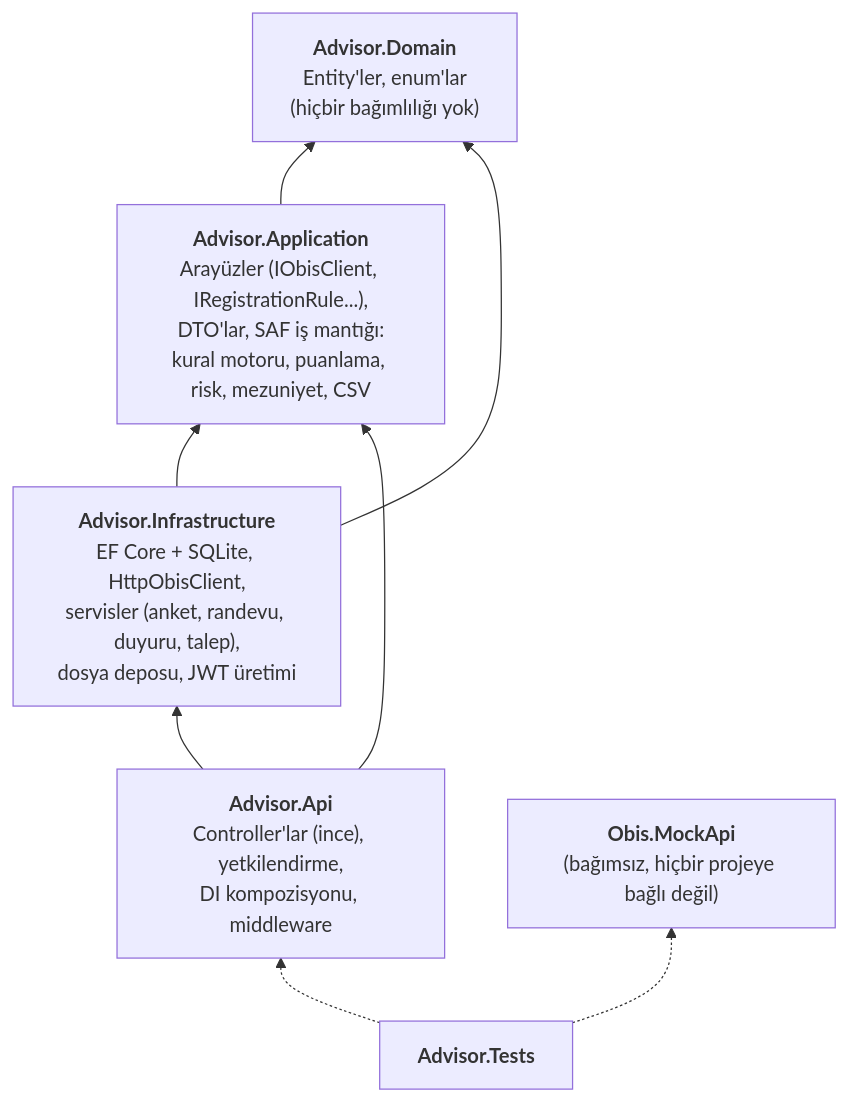
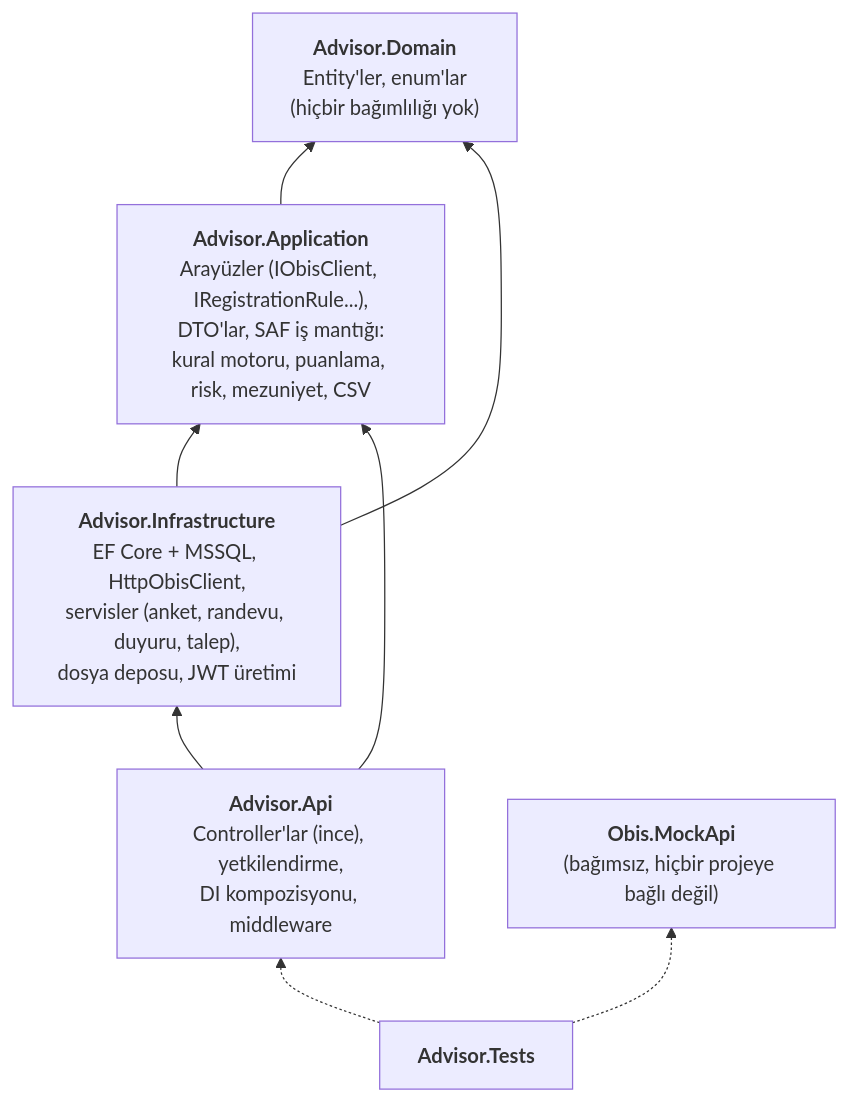
Before and after one commit to hmzbskn/ODBS: the second of 9 diagrams in docs/ARCHITECTURE.md, drawn with Mermaid. The commit also changed other lines of this file and 65 other files, not shown here.

````diff
--- a/docs/ARCHITECTURE.md
+++ b/docs/ARCHITECTURE.md
@@ -55,17 +55,17 @@
 ```mermaid
 flowchart BT
     Domain["<b>Advisor.Domain</b><br/>Entity'ler, enum'lar<br/>(hiçbir bağımlılığı yok)"]
     Application["<b>Advisor.Application</b><br/>Arayüzler (IObisClient, IRegistrationRule...),<br/>DTO'lar, SAF iş mantığı:<br/>kural motoru, puanlama, risk, mezuniyet, CSV"]
-    Infrastructure["<b>Advisor.Infrastructure</b><br/>EF Core + SQLite, HttpObisClient,<br/>servisler (anket, randevu, duyuru, talep),<br/>dosya deposu, JWT üretimi"]
+    Infrastructure["<b>Advisor.Infrastructure</b><br/>EF Core + MSSQL, HttpObisClient,<br/>servisler (anket, randevu, duyuru, talep),<br/>dosya deposu, JWT üretimi"]
     Api["<b>Advisor.Api</b><br/>Controller'lar (ince), yetkilendirme,<br/>DI kompozisyonu, middleware"]
     Tests["<b>Advisor.Tests</b>"]
     Mock["<b>Obis.MockApi</b><br/>(bağımsız, hiçbir projeye bağlı değil)"]
 
     Application --> Domain
     Infrastructure --> Application
     Infrastructure --> Domain
     Api --> Infrastructure
     Api --> Application
     Tests -.-> Api
     Tests -.-> Mock
 ```
````
